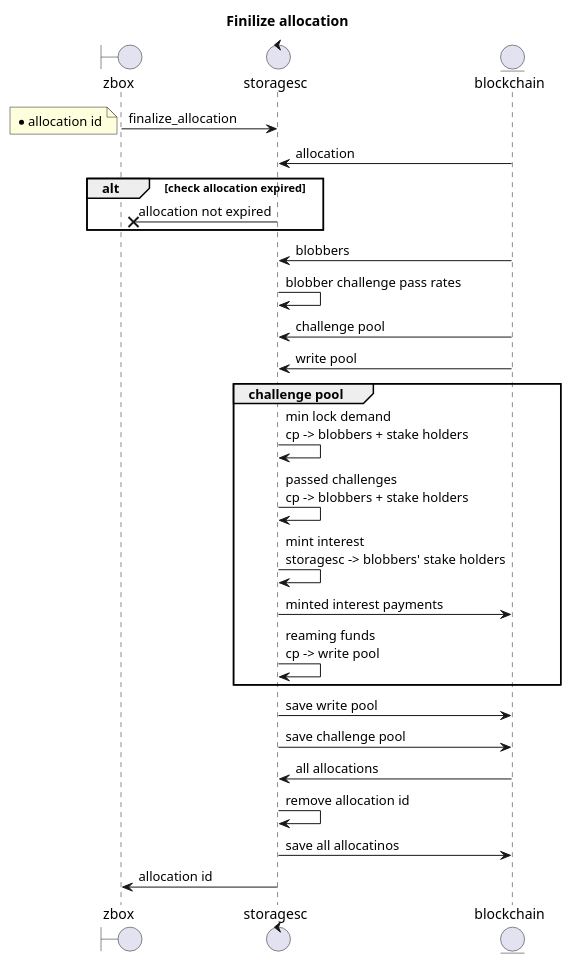
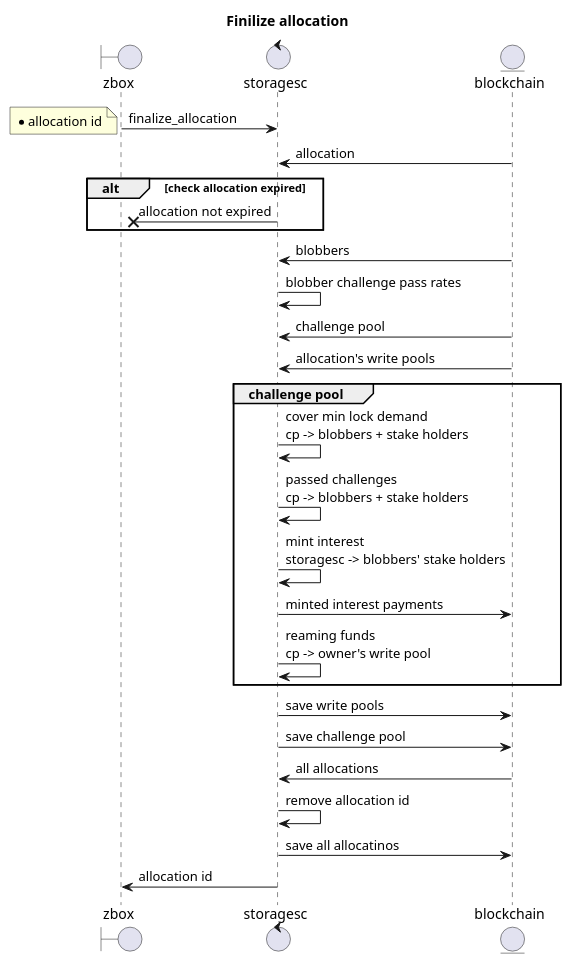
One commit to 0chain/zboxcli changed diagram 20 of 32 in documents/uml.md. Above: the diagram before and after it, drawn with PlantUML. The commit also changed other lines of this file and 1 other file, not shown here.

````diff
--- a/documents/uml.md
+++ b/documents/uml.md
@@ -436,31 +436,31 @@
 ```puml
 title Finilize allocation
 boundary zbox 
 control storagesc
 entity blockchain
 zbox ->storagesc: finalize_allocation
 note left
     * allocation id
 end note
     blockchain -> storagesc : allocation
     alt check allocation expired
        storagesc->x zbox : allocation not expired
     end
     blockchain ->storagesc:blobbers
     storagesc->storagesc: blobber challenge pass rates
     blockchain ->storagesc: challenge pool
-    blockchain ->storagesc: write pool   
+    blockchain ->storagesc: allocation's write pools   
     group challenge pool
-       storagesc->storagesc: min lock demand\ncp -> blobbers + stake holders
+       storagesc->storagesc: cover min lock demand\ncp -> blobbers + stake holders
        storagesc->storagesc: passed challenges\ncp -> blobbers + stake holders
        storagesc->storagesc: mint interest\nstoragesc -> blobbers' stake holders 
        storagesc-> blockchain : minted interest payments
-       storagesc->storagesc: reaming funds\ncp -> write pool
+       storagesc->storagesc: reaming funds\ncp -> owner's write pool
     end
-   storagesc-> blockchain : save write pool
+   storagesc-> blockchain : save write pools
    storagesc-> blockchain : save challenge pool
     blockchain ->storagesc: all allocations
    storagesc->storagesc: remove allocation id 
    storagesc-> blockchain : save all allocatinos    
 storagesc -> zbox : allocation id 
 ```
````
